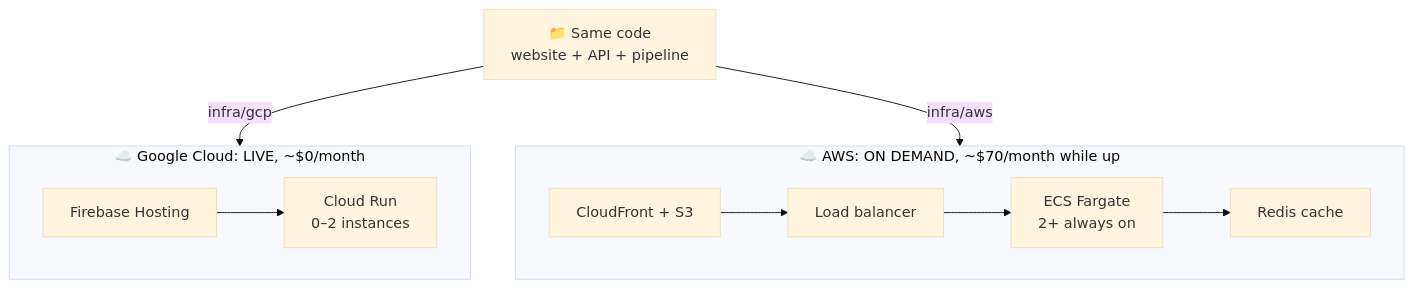
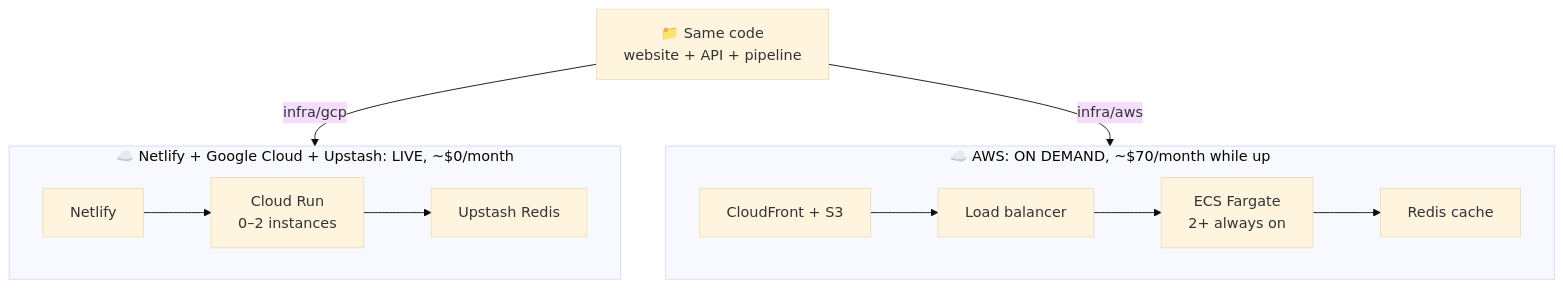
The fifth of 5 diagrams in ARCHITECTURE.md (divij-pawar/trump-of-the-day), drawn with Mermaid (base theme) before and after one commit. The commit also changed other lines of this file and 8 other files, not shown here.

Commit message:
Docs: Netlify, Cloud Run and Upstash deployment

````diff
--- a/ARCHITECTURE.md
+++ b/ARCHITECTURE.md
@@ -129,18 +139,19 @@
 ```mermaid
 flowchart TB
     code["📁 Same code<br/>website + API + pipeline"]
 
-    subgraph gcp["☁️ Google Cloud: LIVE, ~$0/month"]
+    subgraph gcp["☁️ Netlify + Google Cloud + Upstash: LIVE, ~$0/month"]
         direction LR
-        g1["Firebase Hosting"] --> g2["Cloud Run<br/>0–2 instances"]
+        g1["Netlify"] --> g2["Cloud Run<br/>0–2 instances"]
+        g2 --> g3["Upstash Redis"]
     end
 
     subgraph aws["☁️ AWS: ON DEMAND, ~$70/month while up"]
         direction LR
         a1["CloudFront + S3"] --> a2["Load balancer"] --> a3["ECS Fargate<br/>2+ always on"]
         a3 --> a4["Redis cache"]
     end
 
     code -->|"infra/gcp"| gcp
     code -->|"infra/aws"| aws
 ```
````
